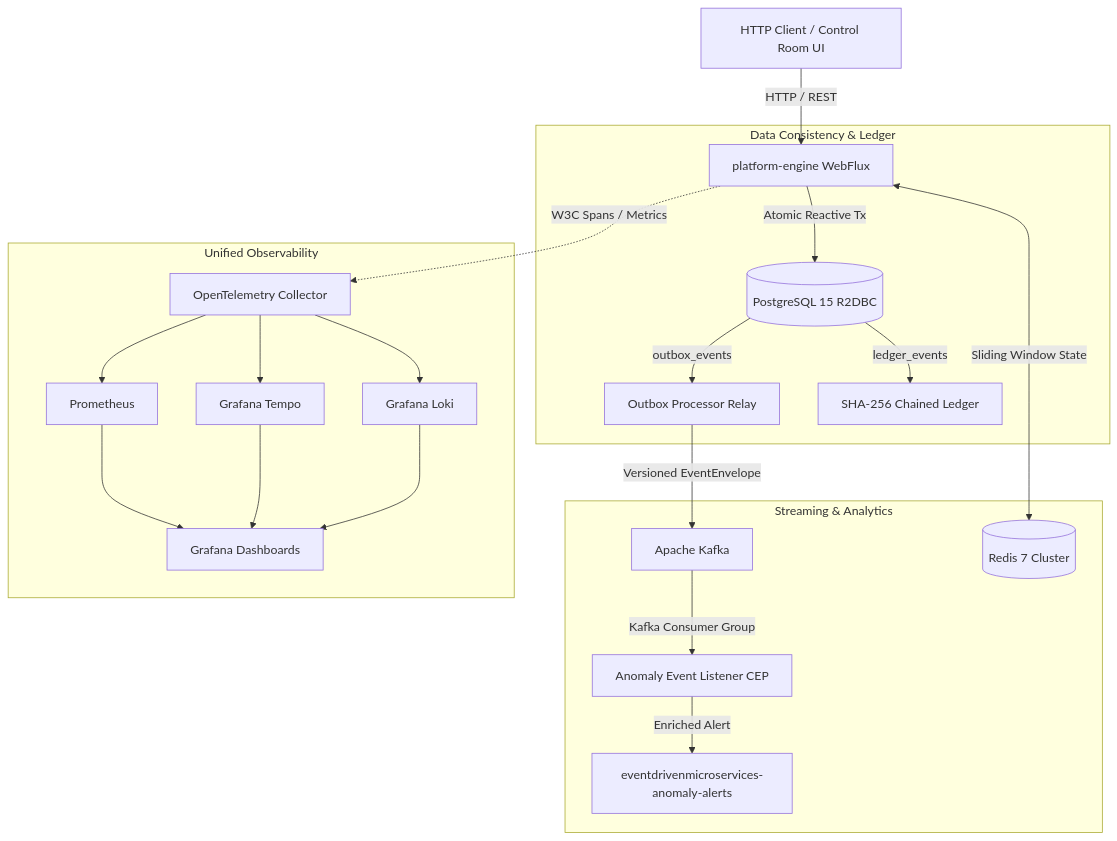
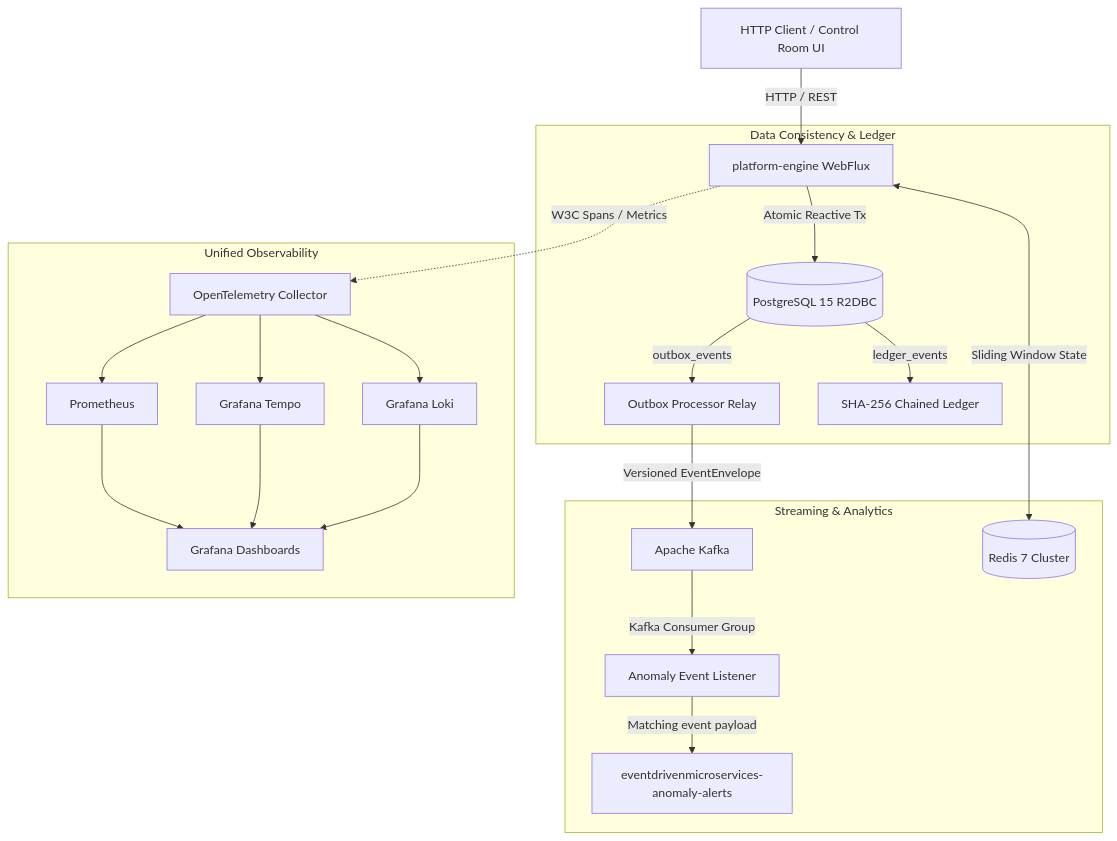
Before and after one commit to andreruizdev/event-driven-platform: the diagram in docs/architecture.md, drawn with Mermaid. The commit also changed other lines of this file and 17 other files, not shown here.

````diff
--- a/docs/architecture.md
+++ b/docs/architecture.md
@@ -13,27 +15,27 @@
 ```mermaid
 flowchart TD
     Client[HTTP Client / Control Room UI] -->|HTTP / REST| API[platform-engine WebFlux]
     
     subgraph Data Consistency & Ledger
         API -->|Atomic Reactive Tx| PG[(PostgreSQL 15 R2DBC)]
         PG -->|outbox_events| RELAY[Outbox Processor Relay]
         PG -->|ledger_events| LEDGER[SHA-256 Chained Ledger]
     end
 
     subgraph Streaming & Analytics
         RELAY -->|Versioned EventEnvelope| KAFKA[Apache Kafka]
-        KAFKA -->|Kafka Consumer Group| CEP[Anomaly Event Listener CEP]
-        CEP -->|Enriched Alert| ALERT[eventdrivenmicroservices-anomaly-alerts]
+        KAFKA -->|Kafka Consumer Group| LISTENER[Anomaly Event Listener]
+        LISTENER -->|Matching event payload| ALERT[eventdrivenmicroservices-anomaly-alerts]
         API <-->|Sliding Window State| REDIS[(Redis 7 Cluster)]
     end
 
     subgraph Unified Observability
         API -. W3C Spans / Metrics .-> OTEL[OpenTelemetry Collector]
         OTEL --> PROM[Prometheus]
         OTEL --> TEMPO[Grafana Tempo]
         OTEL --> LOKI[Grafana Loki]
         PROM --> GRAFANA[Grafana Dashboards]
         TEMPO --> GRAFANA
         LOKI --> GRAFANA
     end
 ```
````
